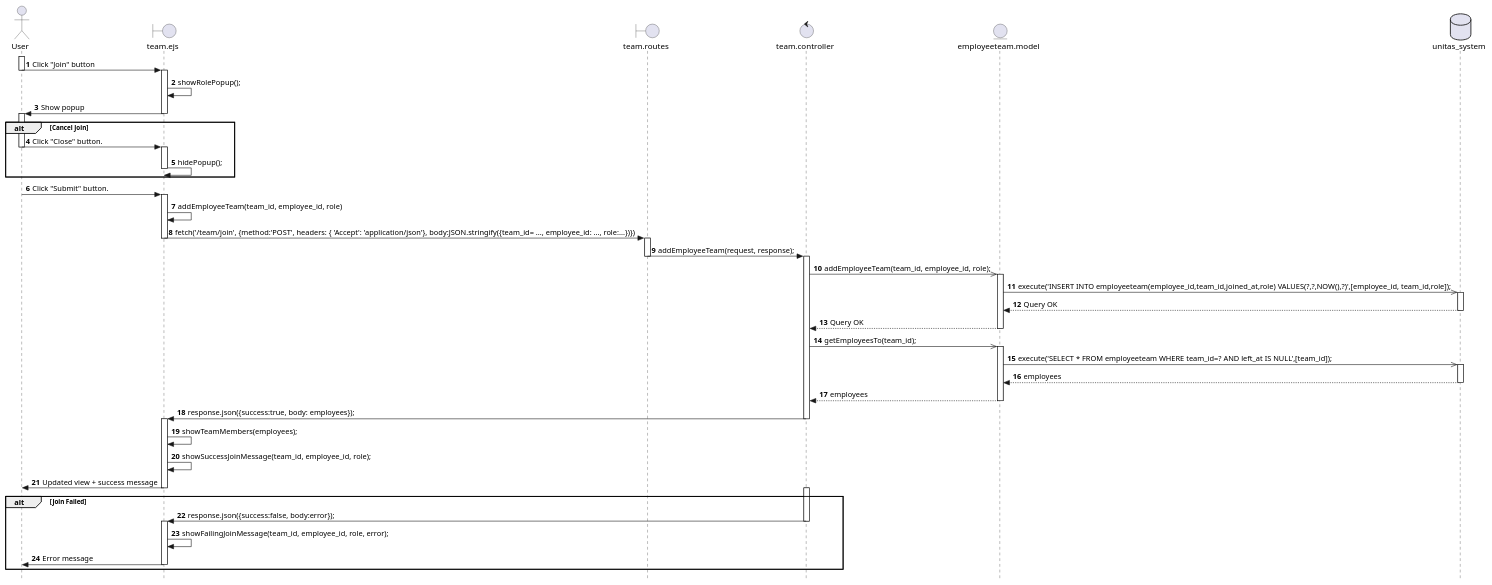
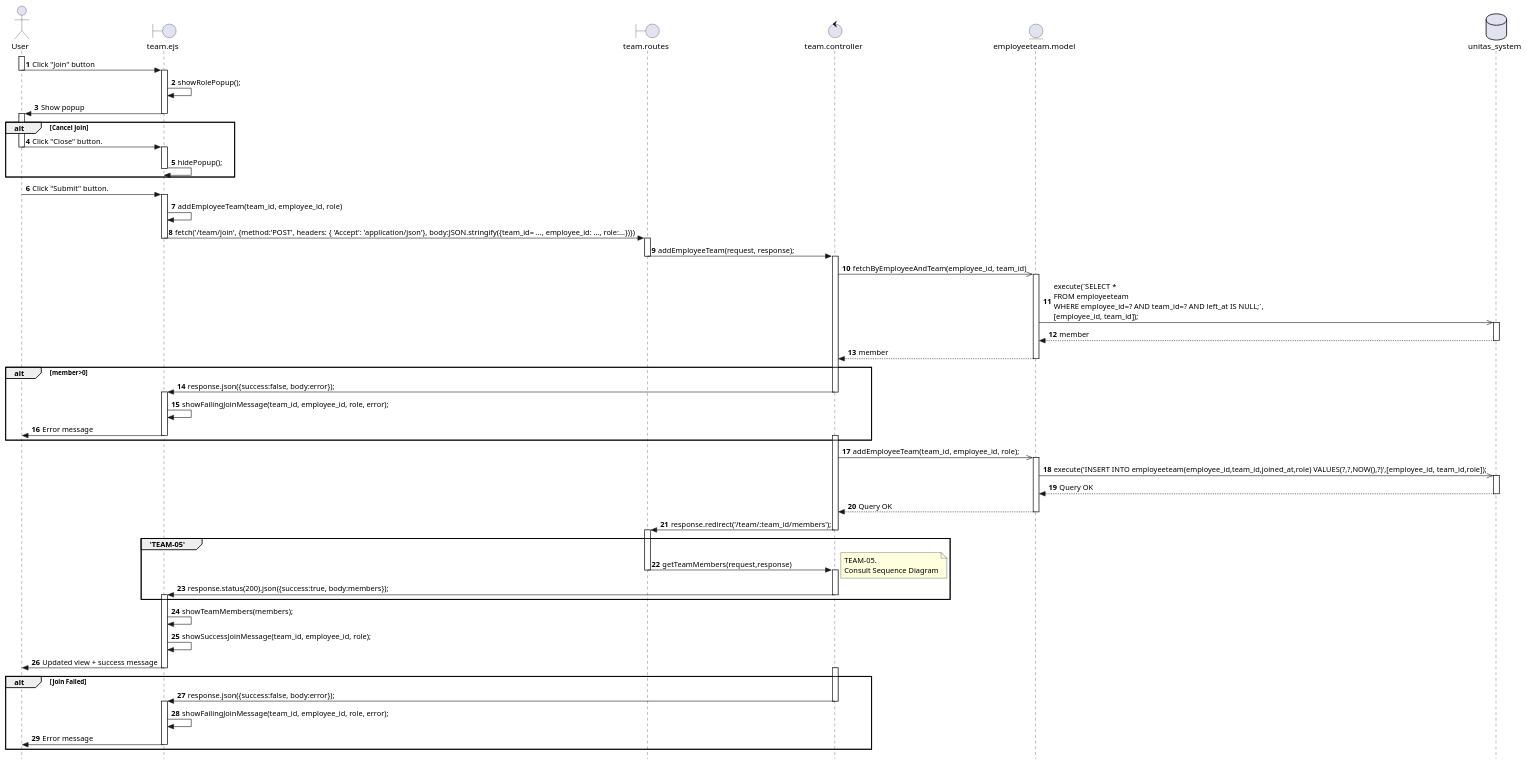
Before and after one commit to Berthou05/LimboSoftwareDevelopment_Change.org: the diagram in documentation/sequence_diagrams/TEAM-06-01-SD.puml, drawn with PlantUML. The commit also changed 4 other files, not shown here.

Commit message:
[DOCS]: Modification of TEAM-05, 06-01 and 06-02. Comment Addition on employeeTeamMembership.js

```diff
--- a/documentation/sequence_diagrams/TEAM-06-01-SD.puml
+++ b/documentation/sequence_diagrams/TEAM-06-01-SD.puml
@@ -1,74 +1,99 @@
 @startuml
 skinparam style strictuml
 
 actor User as U
 boundary "team.ejs" as V
 boundary "team.routes" as RO
 control "team.controller" as C
 entity "employeeteam.model" as  ET
 database "unitas_system" as BD
 
 autonumber
 activate U
 U->V: Click "Join" button
 deactivate U
     activate V
     V->V: showRolePopup();
     V->U: Show popup
     deactivate V
 
 alt Cancel Join
 activate U
 U->V: Click "Close" button.
 deactivate U
     activate V
     V->V: hidePopup();
     deactivate V
 end
 
 activate U
 U->V: Click "Submit" button.
 deactivate U
     activate V
     V->V: addEmployeeTeam(team_id, employee_id, role)
     V->RO: fetch('/team/join', {method:'POST', headers: { 'Accept': 'application/json'}, body:JSON.stringify({team_id= ..., employee_id: ..., role:...})})
     deactivate V
         activate RO
         RO->C: addEmployeeTeam(request, response);
         deactivate RO
             activate C
+            C->>ET:fetchByEmployeeAndTeam(employee_id, team_id)
+                activate ET
+                ET->>BD:execute(`SELECT * \nFROM employeeteam \nWHERE employee_id=? AND team_id=? AND left_at IS NULL;`,\n[employee_id, team_id]);
+                    activate BD
+                    BD-->ET: member
+                    deactivate BD
+                ET-->C:member
+                deactivate ET
+            
+alt member>0
+            C->V: response.json({success:false, body:error});
+            deactivate C
+    activate V
+    V->V: showFailingJoinMessage(team_id, employee_id, role, error);
+    V->U: Error message
+    deactivate V
+            activate C
+end
+            
             C->>ET: addEmployeeTeam(team_id, employee_id, role);
                 activate ET
                 ET->>BD: execute('INSERT INTO employeeteam(employee_id,team_id,joined_at,role) VALUES(?,?,NOW(),?)',[employee_id, team_id,role]);
                     activate BD
                     BD-->ET: Query OK
                     deactivate BD
                 ET-->C: Query OK
                 deactivate ET
-            C->>ET:getEmployeesTo(team_id);
-                activate ET
-                ET->>BD: execute('SELECT * FROM employeeteam WHERE team_id=? AND left_at IS NULL',[team_id]);
-                    activate BD
-                    BD-->ET: employees
-                    deactivate BD
-                ET-->C: employees
-                deactivate ET
-            C->V: response.json({success:true, body: employees});
+
+            C->RO: response.redirect('/team/:team_id/members');
+            deactivate C
+        
+        activate RO
+        group 'TEAM-05'
+        RO->C: getTeamMembers(request,response)
+        deactivate RO
+            activate C
+            note right
+            TEAM-05. 
+            Consult Sequence Diagram
+            end note
+            C->V: response.status(200).json({success:true, body:members});
             deactivate C
     activate V
-    V->V: showTeamMembers(employees);
+        end group
+    V->V: showTeamMembers(members);
     V->V: showSuccessJoinMessage(team_id, employee_id, role);
     V->U: Updated view + success message
     deactivate V
 
 alt Join Failed
             activate C
             C->V: response.json({success:false, body:error});
             deactivate C
     activate V
     V->V: showFailingJoinMessage(team_id, employee_id, role, error);
     V->U: Error message
     deactivate V
 end
 
 @enduml
```
